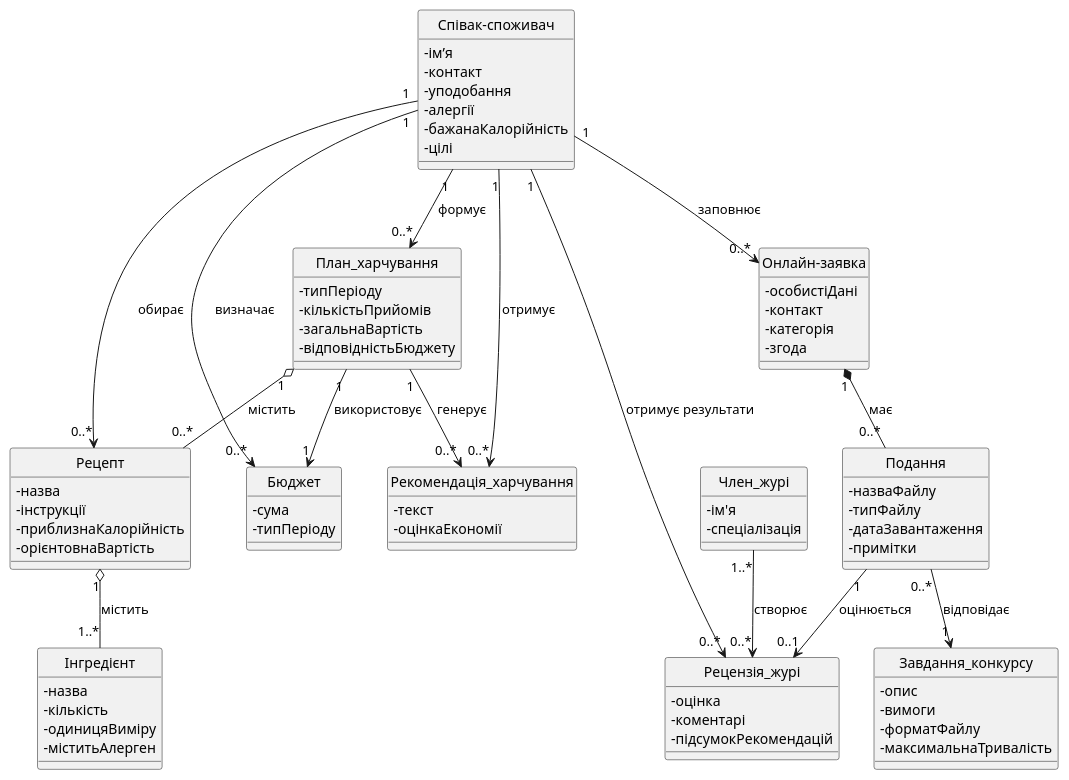
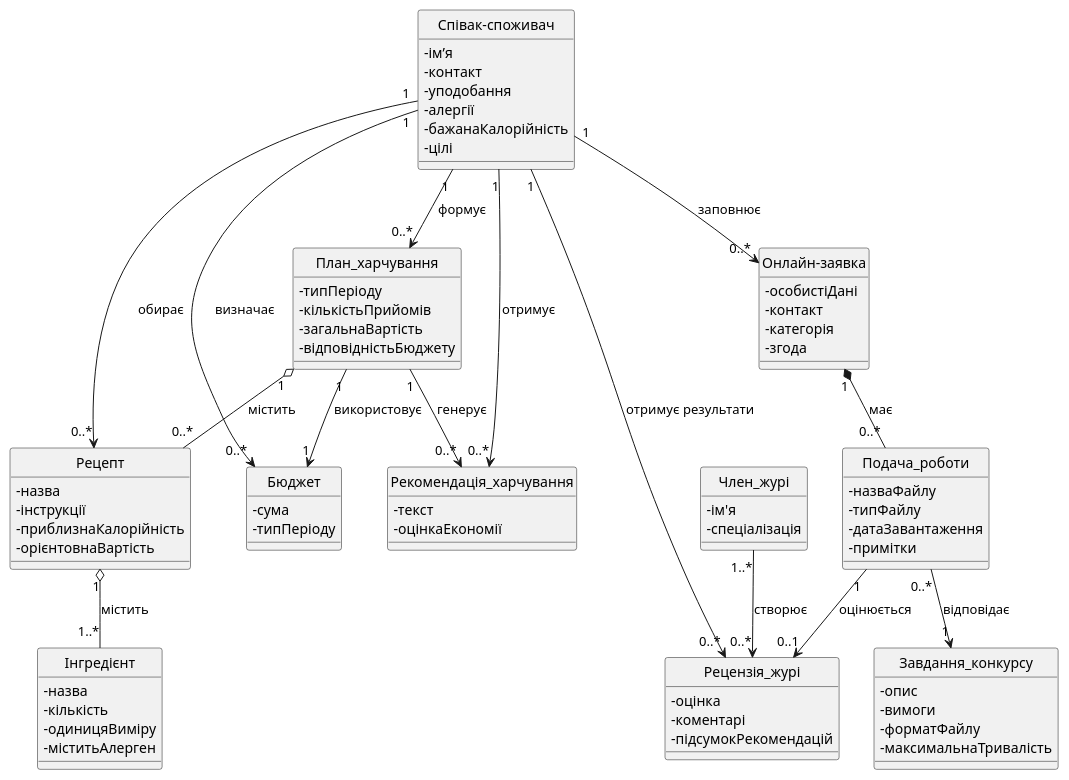
One commit to Liudmyla11/lab3 changed the diagram in ConceptClasses.puml. Above: the diagram before and after it, drawn with PlantUML.

```diff
--- a/ConceptClasses.puml
+++ b/ConceptClasses.puml
@@ -1,93 +1,93 @@
 @startuml
 skinparam classAttributeIconSize 0
 hide circle
 
 class "Співак-споживач" as User {
   - ім’я
   - контакт
   - уподобання
   - алергії
   - бажанаКалорійність
   - цілі
 }
 
 class "План_харчування" as MealPlan {
   - типПеріоду
   - кількістьПрийомів
   - загальнаВартість
   - відповідністьБюджету
 }
 
 class "Рецепт" as Recipe {
   - назва
   - інструкції
   - приблизнаКалорійність
   - орієнтовнаВартість
 }
 
 class "Інгредієнт" as Ingredient {
   - назва
   - кількість
   - одиницяВиміру 
   - міститьАлерген
 }
 
 class "Бюджет" as Budget {
   - сума
   - типПеріоду
 }
 
 class "Рекомендація_харчування" as NutritionRecommendation {
   - текст
   - оцінкаЕкономії
 }
 
 class "Онлайн-заявка" as Application {
   - особистіДані
   - контакт
   - категорія
   - згода
 }
 
 class "Завдання_конкурсу" as ContestTask {
   - опис
   - вимоги
   - форматФайлу
   - максимальнаТривалість
 }
 
-class "Подання" as Submission {
+class "Подача_роботи" as Submission {
   - назваФайлу
   - типФайлу
   - датаЗавантаження
   - примітки
 }
 
 class "Член_журі" as JuryMember {
   - ім'я
   - спеціалізація
 }
 
 class "Рецензія_журі" as JuryReview {
   - оцінка
   - коментарі
   - підсумокРекомендацій
 }
 
 User "1" --> "0..*" MealPlan : формує
 MealPlan "1" o-- "0..*" Recipe : містить
 Recipe "1" o-- "1..*" Ingredient : містить
 MealPlan "1" --> "1" Budget : використовує
 User "1" --> "0..*" Budget : визначає
 MealPlan "1" --> "0..*" NutritionRecommendation : генерує
 User "1" --> "0..*" NutritionRecommendation : отримує
 
 User "1" --> "0..*" Application : заповнює
 Application "1" *-- "0..*" Submission : має
 Submission "0..*" --> "1" ContestTask : відповідає
 Submission "1" --> "0..1" JuryReview : оцінюється
 
 User "1" --> "0..*" Recipe : обирає
 JuryMember "1..*" --> "0..*" JuryReview : створює
 User "1" --> "0..*" JuryReview : отримує результати
 @enduml
```
